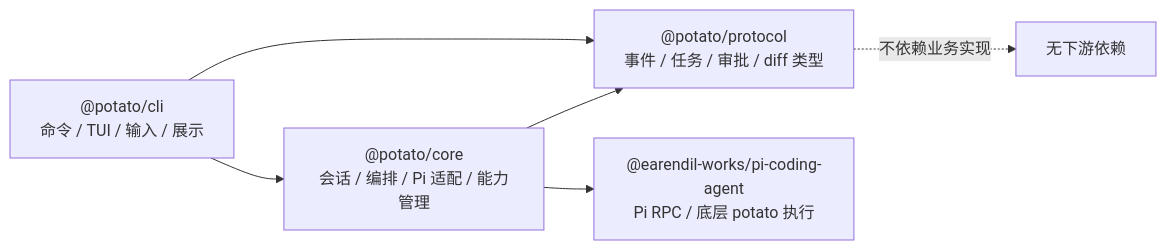
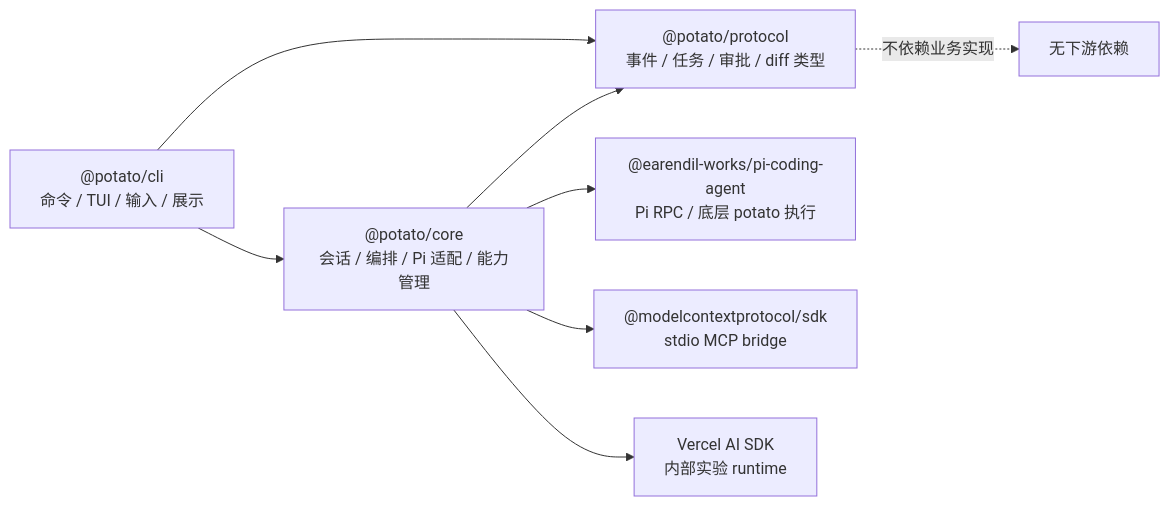
Before and after one commit to CrazyMrYan/potato-agent: the second of 7 diagrams in wiki/architecture.md, drawn with Mermaid. The commit also changed other lines of this file and 38 other files, not shown here.

````diff
--- a/wiki/architecture.md
+++ b/wiki/architecture.md
@@ -92,9 +107,11 @@
 ```mermaid
 flowchart LR
     CLI["@potato/cli<br/>命令 / TUI / 输入 / 展示"] --> Core["@potato/core<br/>会话 / 编排 / Pi 适配 / 能力管理"]
     CLI --> Protocol["@potato/protocol<br/>事件 / 任务 / 审批 / diff 类型"]
     Core --> Protocol
     Core --> Pi["@earendil-works/pi-coding-agent<br/>Pi RPC / 底层 potato 执行"]
+    Core --> McpSdk["@modelcontextprotocol/sdk<br/>stdio MCP bridge"]
+    Core --> AiSdk["Vercel AI SDK<br/>内部实验 runtime"]
 
     Protocol -. "不依赖业务实现" .-> None1["无下游依赖"]
 ```
````
